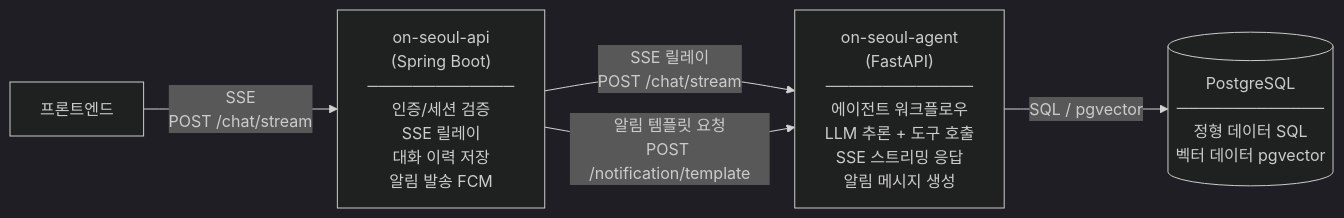
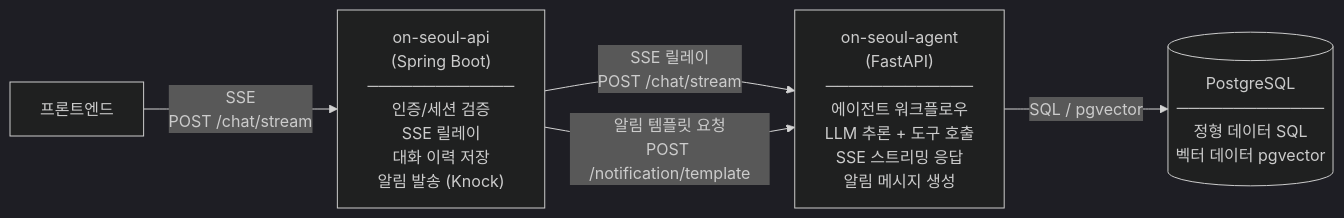
The first of 2 diagrams in on-seoul-agent/README.md (f-lab-edu/on-seoul), drawn with Mermaid (dark theme) before and after one commit. The commit also changed other lines of this file and 1 other file, not shown here.

First line of the commit message:
docs: architecture/README를 현행 설계에 맞춰 갱신

````diff
--- a/on-seoul-agent/README.md
+++ b/on-seoul-agent/README.md
@@ -24,12 +24,12 @@
 ```mermaid
 flowchart LR
     FE["프론트엔드"]
-    API["on-seoul-api\n(Spring Boot)\n─────────────\n인증/세션 검증\nSSE 릴레이\n대화 이력 저장\n알림 발송 FCM"]
+    API["on-seoul-api\n(Spring Boot)\n─────────────\n인증/세션 검증\nSSE 릴레이\n대화 이력 저장\n알림 발송 (Knock)"]
     AGENT["on-seoul-agent\n(FastAPI)\n─────────────\n에이전트 워크플로우\nLLM 추론 + 도구 호출\nSSE 스트리밍 응답\n알림 메시지 생성"]
     DB[("PostgreSQL\n─────────────\n정형 데이터 SQL\n벡터 데이터 pgvector")]
 
     FE -- "SSE\nPOST /chat/stream" --> API
     API -- "SSE 릴레이\nPOST /chat/stream" --> AGENT
     API -- "알림 템플릿 요청\nPOST /notification/template" --> AGENT
     AGENT -- "SQL / pgvector" --> DB
 ```
````
